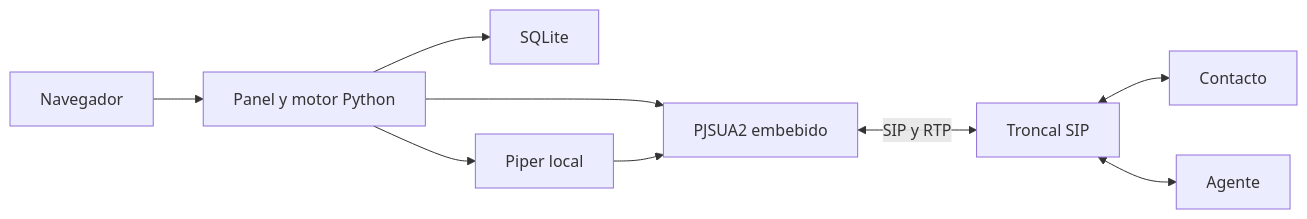
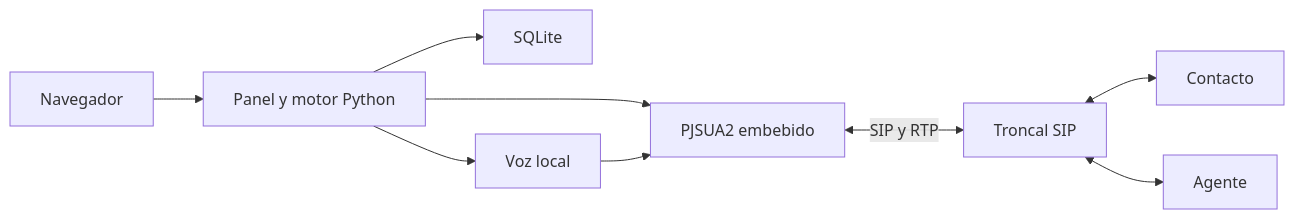
The diagram in README.md (ismaelbojorquez/PythonTTSBlaster), drawn with Mermaid before and after one commit. The commit also changed other lines of this file and 80 other files, not shown here.

````diff
--- a/README.md
+++ b/README.md
@@ -74,11 +87,11 @@
 ```mermaid
 flowchart LR
     Browser[Navegador] --> App[Panel y motor Python]
     App --> DB[SQLite]
-    App --> TTS[Piper local]
+    App --> TTS[Voz local]
     App --> SIP[PJSUA2 embebido]
     TTS --> SIP
     SIP <-->|SIP y RTP| Trunk[Troncal SIP]
     Trunk <--> Customer[Contacto]
     Trunk <--> Agent[Agente]
 ```
````
